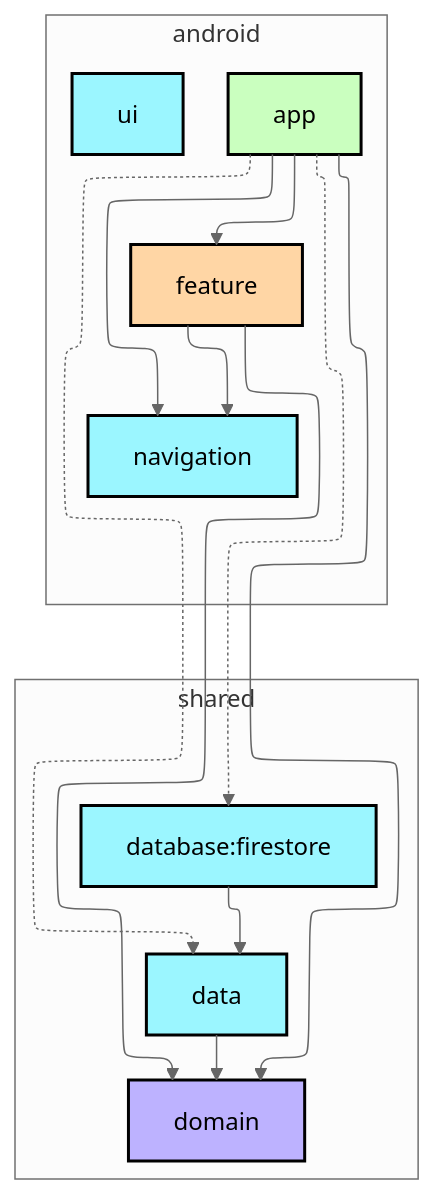
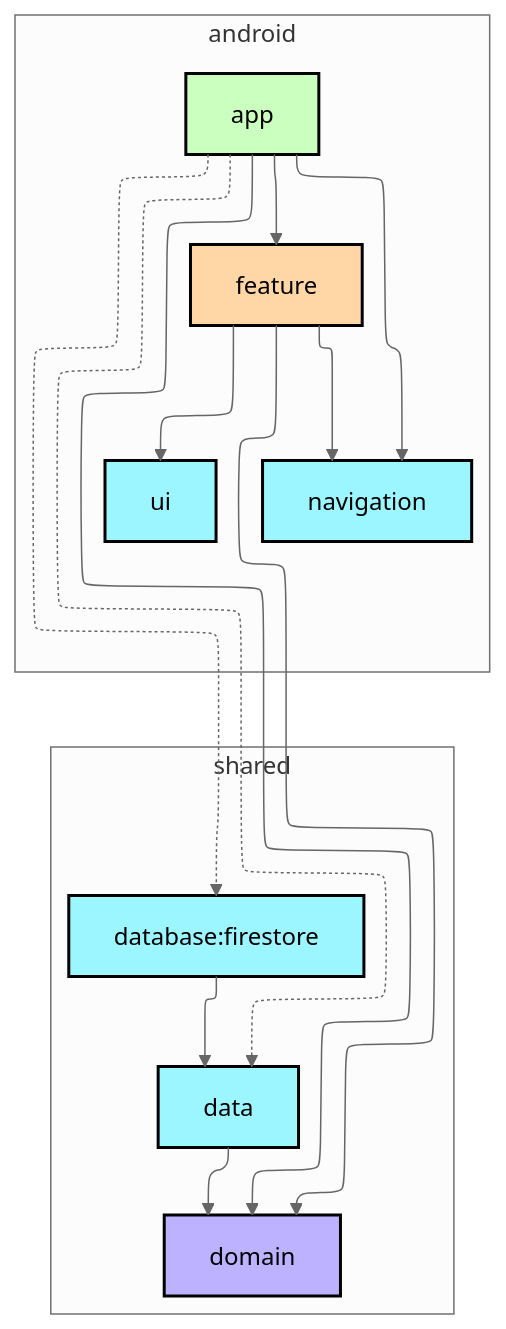
The diagram in README.md (Kaito-Dogi/smopin), drawn with Mermaid (neutral theme) before and after one commit.

Commit message:
doc: feature -> ui の依存を追加

````diff
--- a/README.md
+++ b/README.md
@@ -47,47 +47,48 @@
 ```mermaid
 ---
 config:
   layout: elk
   elk:
     nodePlacementStrategy: SIMPLE
 ---
 graph TB
   subgraph android
     direction TB
     android:app[app]:::android-application
     android:feature[feature]:::android-feature
     android:navigation[navigation]:::android-library
     android:ui[ui]:::android-library
   end
 
   subgraph shared
     direction TB
-    shared:domain[domain]:::jvm-library
     shared:data[data]:::android-library
     shared:database:firestore[database:firestore]:::android-library
+    shared:domain[domain]:::jvm-library
   end
 
   %% app dependencies
   android:app --> android:feature
   android:app --> android:navigation
   android:app --> shared:domain
   android:app -.-> shared:data
   android:app -.-> shared:database:firestore
 
   %% feature dependencies
   android:feature --> shared:domain
   android:feature --> android:navigation
+  android:feature --> android:ui
 
   %% data layer
   shared:data --> shared:domain
 
   %% firestore
   shared:database:firestore --> shared:data
 
 classDef android-application fill:#CAFFBF,stroke:#000,stroke-width:2px,color:#000;
 classDef android-feature fill:#FFD6A5,stroke:#000,stroke-width:2px,color:#000;
 classDef android-library fill:#9BF6FF,stroke:#000,stroke-width:2px,color:#000;
 classDef android-test fill:#A0C4FF,stroke:#000,stroke-width:2px,color:#000;
 classDef jvm-library fill:#BDB2FF,stroke:#000,stroke-width:2px,color:#000;
 classDef unknown fill:#FFADAD,stroke:#000,stroke-width:2px,color:#000;
 ```
````
